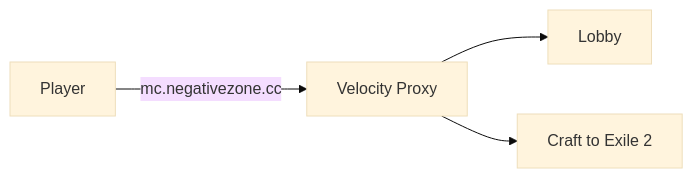
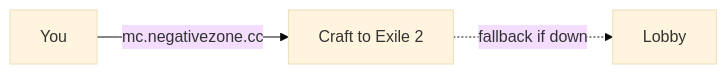
One commit to camcast3/MinecraftInfra changed the diagram in docs/index.md. Above: the diagram before and after it, drawn with Mermaid (base theme). The commit also changed other lines of this file and 3 other files, not shown here.

````diff
--- a/docs/index.md
+++ b/docs/index.md
@@ -37,6 +38,5 @@
 ```mermaid
 graph LR
-    A[Player] -->|mc.negativezone.cc| B[Velocity Proxy]
-    B --> C[Lobby]
-    B --> D[Craft to Exile 2]
+    A[You] -->|mc.negativezone.cc| B[Craft to Exile 2]
+    B -.fallback if down.-> C[Lobby]
 ```
````
